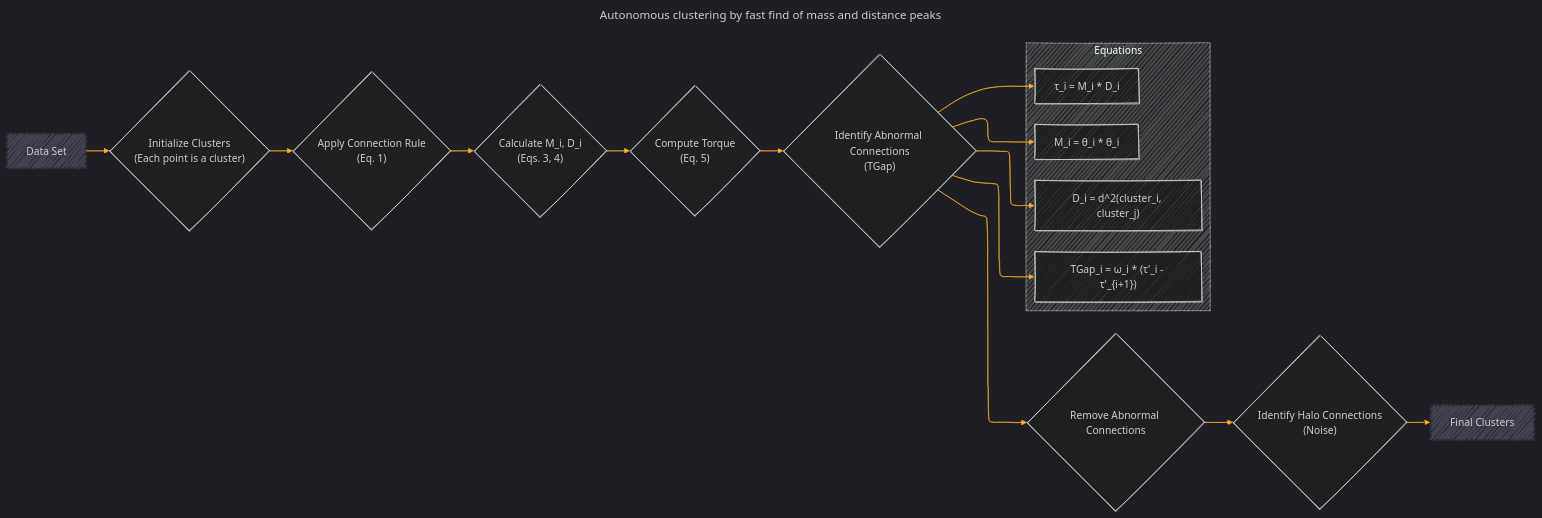
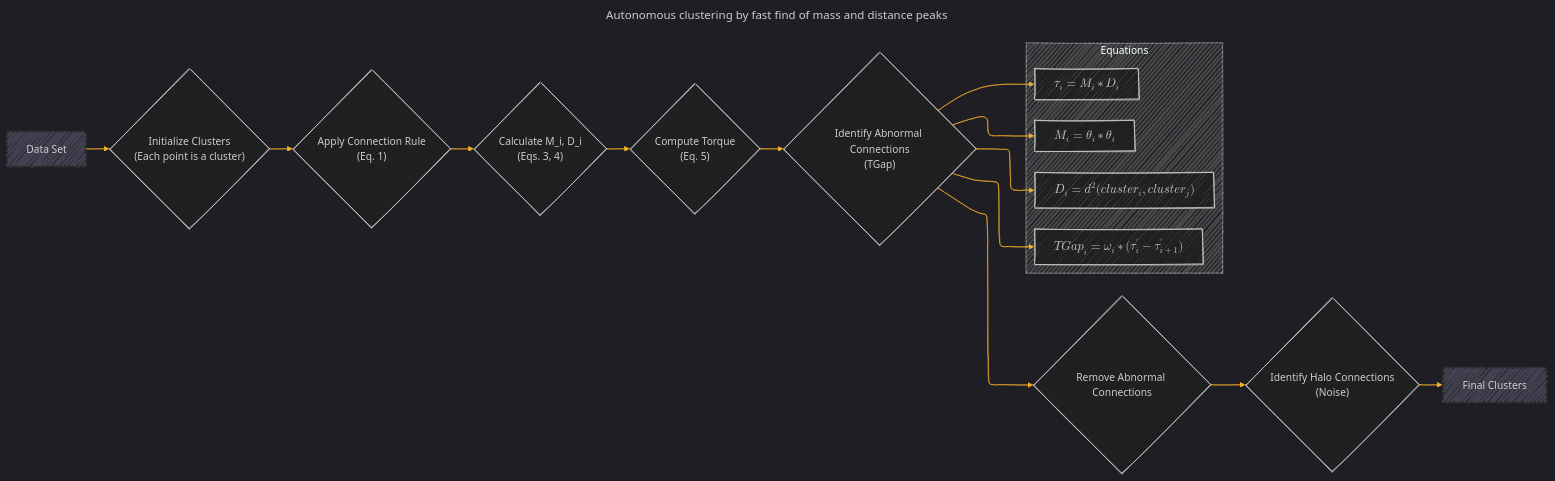
Before and after one commit to CongLeSolutionX/AlgoVerse: the second of 2 diagrams in IEEE/Torque_Clustering /DIRECTION_2/Autonomous_clustering_by_fast_find_of_mass_and_distance_peaks_Overview_Draft_1.md, drawn with Mermaid.

Commit message:
update notes

````diff
--- a/IEEE/Torque_Clustering /DIRECTION_2/Autonomous_clustering_by_fast_find_of_mass_and_distance_peaks_Overview_Draft_1.md
+++ b/IEEE/Torque_Clustering /DIRECTION_2/Autonomous_clustering_by_fast_find_of_mass_and_distance_peaks_Overview_Draft_1.md
@@ -160,51 +160,51 @@
 ```mermaid
 ---
 title: "Autonomous clustering by fast find of mass and distance peaks"
 config:
   layout: elk
   look: handDrawn
   theme: dark
 ---
 %%%%%%%% Mermaid version v11.4.1-b.14
 %%%%%%%% Available curve styles include the following keywords:
 %% basis, bumpX, bumpY, cardinal, catmullRom, linear, monotoneX, monotoneY, natural, step, stepAfter, stepBefore.
 %%{
   init: {
     "graph": { "htmlLabels": true, 'curve': 'linear' },
     'fontFamily': 'Fantasy',
     'themeVariables': {
       'primaryColor': '#BB2528',
       'primaryTextColor': '#f529',
       'primaryBorderColor': '#7C0000',
       'lineColor': '#F8B229',
       'secondaryColor': '#006100',
       'tertiaryColor': '#fff'
     }
   }
 }%%
 graph LR
     A[Data Set] --> B{"Initialize Clusters<br>(Each point is a cluster)"}
     B --> C{"Apply Connection Rule<br>(Eq. 1)"}
     C --> D{"Calculate M_i, D_i<br>(Eqs. 3, 4)"}
     D --> E{"Compute Torque<br>(Eq. 5)"}
     E --> F{"Identify Abnormal Connections<br>(TGap)"}
     F --> G{"Remove Abnormal Connections"}
     G --> H{"Identify Halo Connections<br>(Noise)"}
     H --> I["Final Clusters"]
 
     style A fill:#ccf3,stroke:#333,stroke-width:1px;
     style I fill:#ccf3,stroke:#333,stroke-width:1px;
 
     subgraph Equations
-        EE1["M_i = θ_i * θ_i"]
-        EE2["D_i = d^2(cluster_i, cluster_j)"]
-        EE3["τ_i = M_i * D_i"]
-        EE4["TGap_i = ω_i * (τ'_i - τ'_{i+1})"]
+        EE1["$$M_i = θ_i * θ_i$$"]
+        EE2["$$D_i = d^2(cluster_i, cluster_j)$$"]
+        EE3["$$τ_i = M_i * D_i$$"]
+        EE4["$$TGap_i = ω_i * (τ'_i - τ'_{i+1})$$"]
     end
 
     F --> EE1
     F --> EE2
     F --> EE3
     F --> EE4
 
 ```
````
